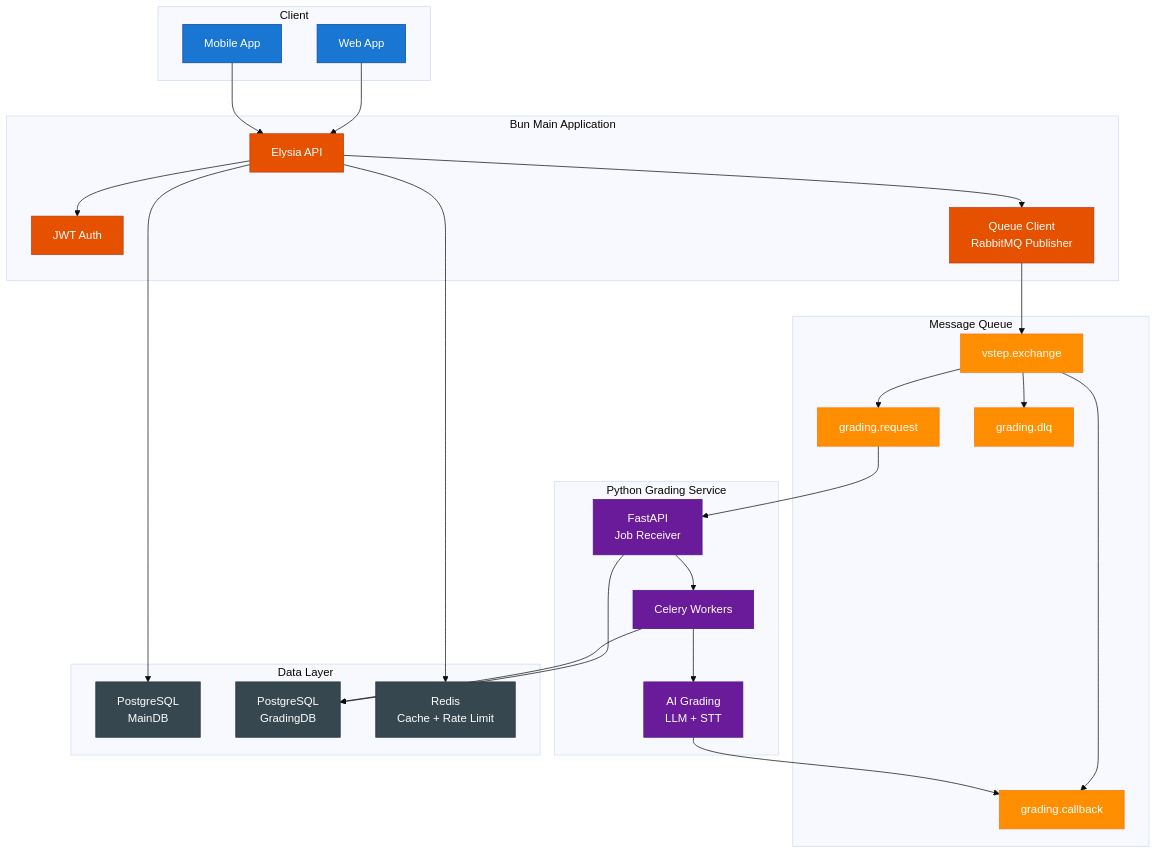
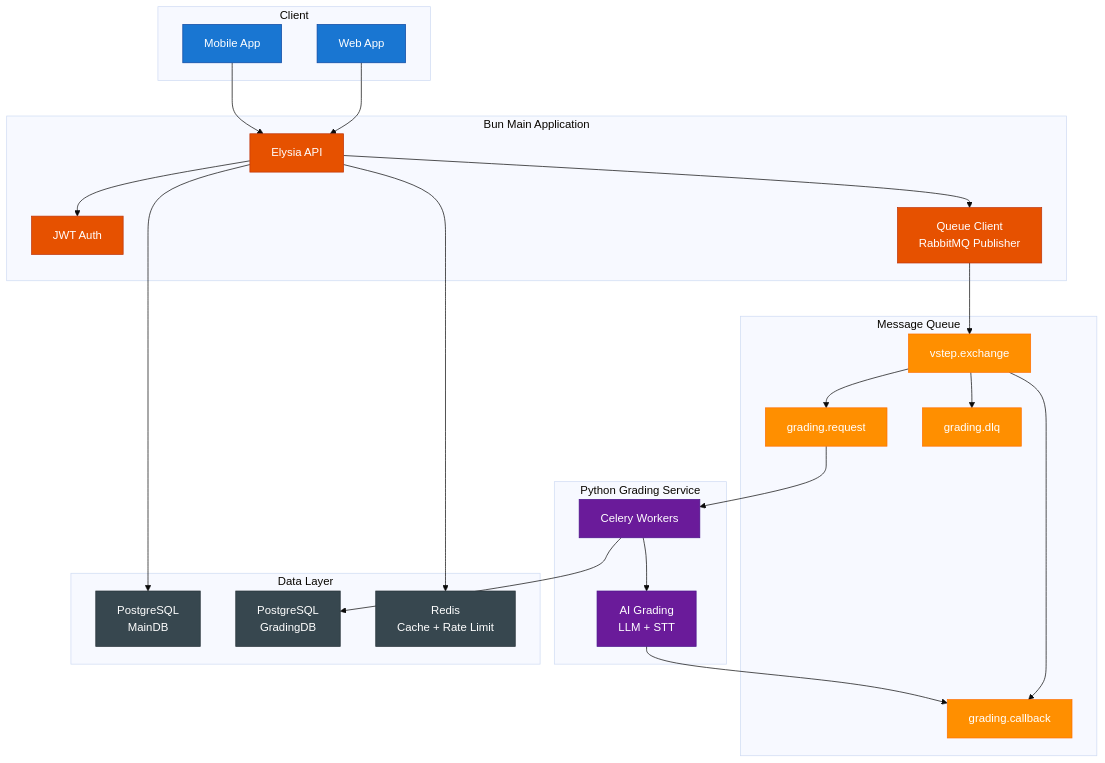
Before and after one commit to nghyane/VSTEP: the diagram in docs/capstone/specs/solution-decisions.vi.md, drawn with Mermaid (base theme). The commit also changed other lines of this file and 6 other files, not shown here.

First line of the commit message:
docs(specs): unify architecture - remove FastAPI layer, standardize endpoints, add SSE spec

````diff
--- a/docs/capstone/specs/solution-decisions.vi.md
+++ b/docs/capstone/specs/solution-decisions.vi.md
@@ -9,61 +9,58 @@
 ```mermaid
 flowchart TB
     subgraph Client["Client"]
         Web["Web App"]
         Mobile["Mobile App"]
     end
 
     subgraph MainApp["Bun Main Application"]
         API["Elysia API"]
         Auth["JWT Auth"]
         QueueClient["Queue Client<br/>RabbitMQ Publisher"]
     end
 
     subgraph MessageQueue["Message Queue"]
         Exchange["vstep.exchange"]
         ReqQueue["grading.request"]
         CbQueue["grading.callback"]
         DLQ["grading.dlq"]
     end
 
     subgraph GradingService["Python Grading Service"]
-        FastAPI["FastAPI<br/>Job Receiver"]
         Celery["Celery Workers"]
         AI["AI Grading<br/>LLM + STT"]
     end
 
     subgraph Data["Data Layer"]
         MainDB["PostgreSQL<br/>MainDB"]
         GradingDB["PostgreSQL<br/>GradingDB"]
         Redis["Redis<br/>Cache + Rate Limit"]
     end
 
     Web --> API
     Mobile --> API
     API --> Auth
     API --> QueueClient
     QueueClient --> Exchange
     Exchange --> ReqQueue
     Exchange --> CbQueue
     Exchange --> DLQ
-    ReqQueue --> FastAPI
-    FastAPI --> Celery
+    ReqQueue --> Celery
     Celery --> AI
     AI --> CbQueue
     API --> MainDB
     API --> Redis
-    FastAPI --> GradingDB
     Celery --> GradingDB
 
     classDef client fill:#1976d2,stroke:#0d47a1,color:#fff
     classDef main fill:#e65100,stroke:#bf360c,color:#fff
     classDef queue fill:#ff8f00,stroke:#ff6f00,color:#fff
     classDef grading fill:#6a1b9a,stroke:#4a148c,color:#fff
     classDef data fill:#37474f,stroke:#263238,color:#fff
 
     class Web,Mobile client
     class API,Auth,QueueClient main
     class Exchange,ReqQueue,CbQueue,DLQ queue
-    class FastAPI,Celery,AI grading
+    class Celery,AI grading
     class MainDB,GradingDB,Redis data
 ```
````
